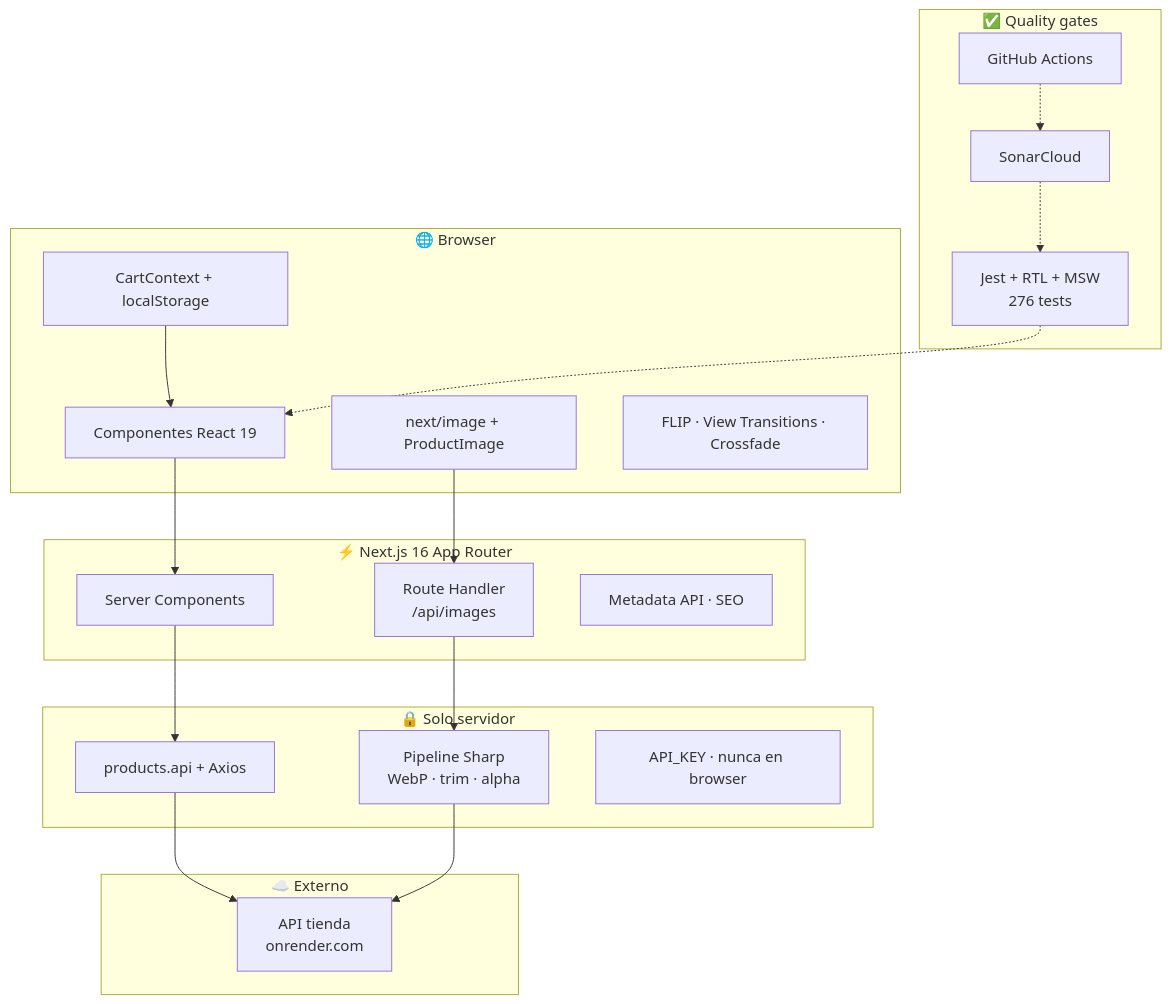
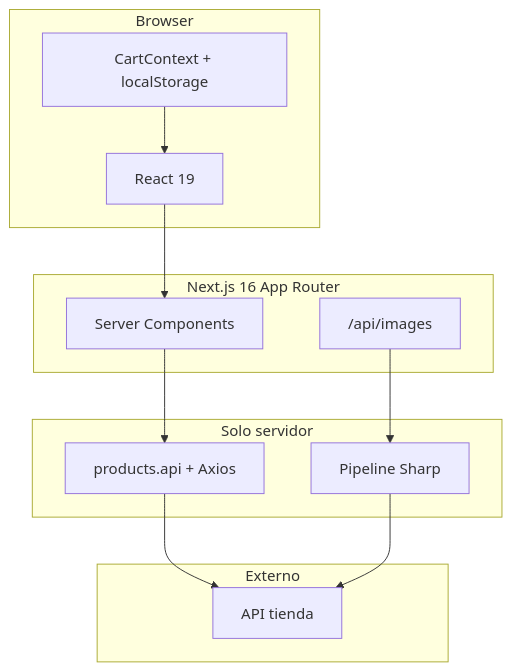
The first of 3 diagrams in README.es.md (CristinaFores/zara-mobile-challenge), drawn with Mermaid before and after one commit. The commit also changed other lines of this file and 13 other files, not shown here.

````diff
--- a/README.es.md
+++ b/README.es.md
@@ -217,42 +138,25 @@
 ```mermaid
 flowchart TB
-  subgraph Client["🌐 Browser"]
-    UI["Componentes React 19"]
-    IMG["next/image + ProductImage"]
-    MOTION["FLIP · View Transitions · Crossfade"]
+  subgraph Client["Browser"]
+    UI["React 19"]
     CART["CartContext + localStorage"]
   end
 
-  subgraph Next["⚡ Next.js 16 App Router"]
+  subgraph Next["Next.js 16 App Router"]
     RSC["Server Components"]
-    RH["Route Handler<br/>/api/images"]
-    META["Metadata API · SEO"]
+    RH["/api/images"]
   end
 
-  subgraph Server["🔒 Solo servidor"]
+  subgraph Server["Solo servidor"]
     API["products.api + Axios"]
-    SHARP["Pipeline Sharp<br/>WebP · trim · alpha"]
-    KEY["API_KEY · nunca en browser"]
+    SHARP["Pipeline Sharp"]
   end
 
-  subgraph External["☁️ Externo"]
-    STORE["API tienda<br/>onrender.com"]
+  subgraph External["Externo"]
+    STORE["API tienda"]
   end
 
-  subgraph Quality["✅ Quality gates"]
-    JEST["Jest + RTL + MSW<br/>276 tests"]
-    SONAR["SonarCloud"]
-    CI["GitHub Actions"]
-  end
-
-  UI --> RSC
-  IMG --> RH
-  RSC --> API
-  RH --> SHARP
-  API --> STORE
-  SHARP --> STORE
+  UI --> RSC --> API --> STORE
+  RH --> SHARP --> STORE
   CART --> UI
-  JEST -.-> UI
-  SONAR -.-> JEST
-  CI -.-> SONAR
 ```
````
